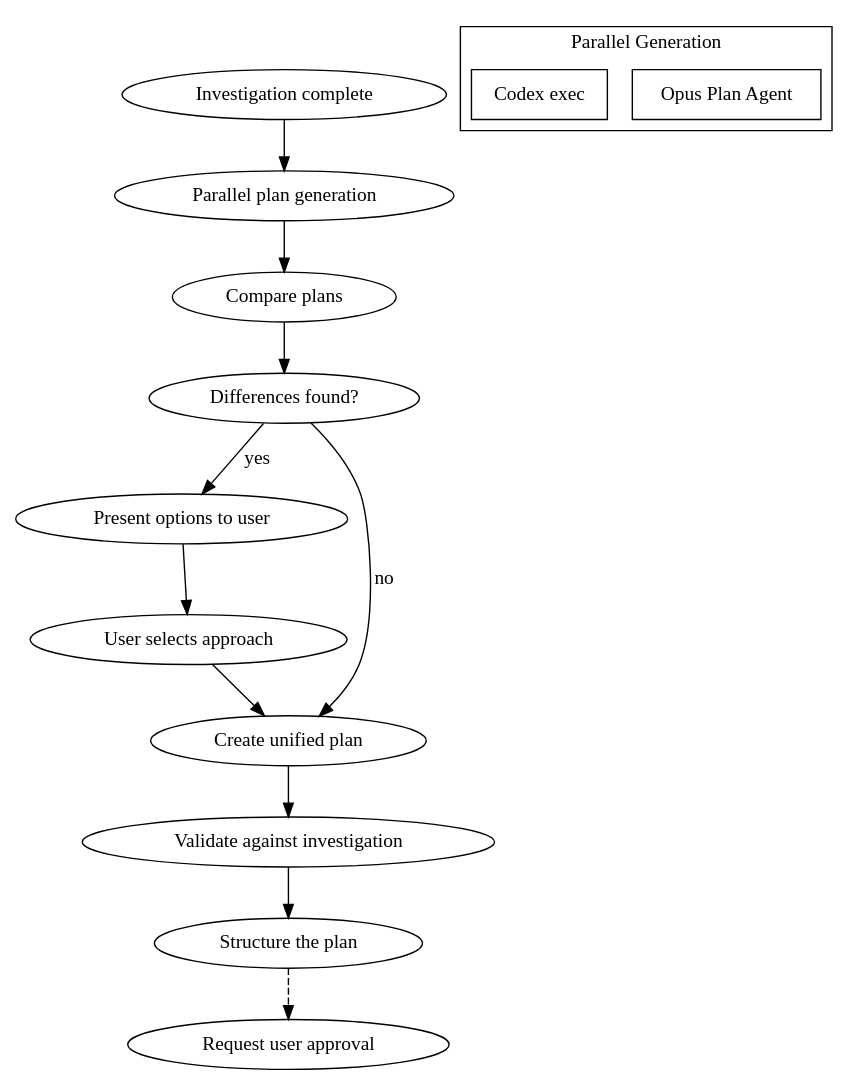
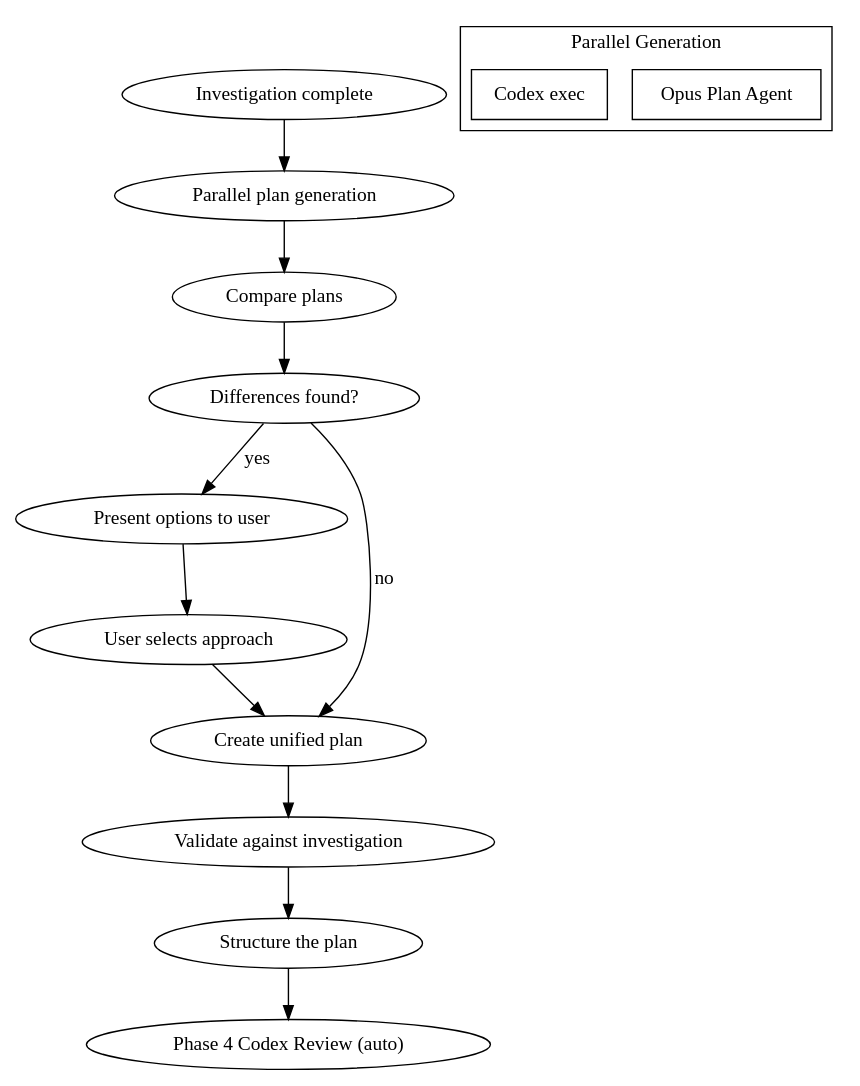
One commit to tasai-lab/fractal-dev-workflow changed the diagram in skills/planning/SKILL.md. Above: the diagram before and after it, drawn with Graphviz. The commit also changed other lines of this file, not shown here.

````diff
--- a/skills/planning/SKILL.md
+++ b/skills/planning/SKILL.md
@@ -24,21 +24,21 @@
 ```dot
 digraph planning {
     "Investigation complete" -> "Parallel plan generation";
 
     subgraph cluster_parallel {
         label="Parallel Generation";
         "Opus Plan Agent" [shape=box];
         "Codex exec" [shape=box];
     }
 
     "Parallel plan generation" -> "Compare plans";
     "Compare plans" -> "Differences found?" [shape=diamond];
     "Differences found?" -> "Present options to user" [label="yes"];
     "Present options to user" -> "User selects approach";
     "User selects approach" -> "Create unified plan";
     "Differences found?" -> "Create unified plan" [label="no"];
     "Create unified plan" -> "Validate against investigation";
     "Validate against investigation" -> "Structure the plan";
-    "Structure the plan" -> "Request user approval" [style=dashed];
+    "Structure the plan" -> "Phase 4 Codex Review (auto)";
 }
 ```
````
